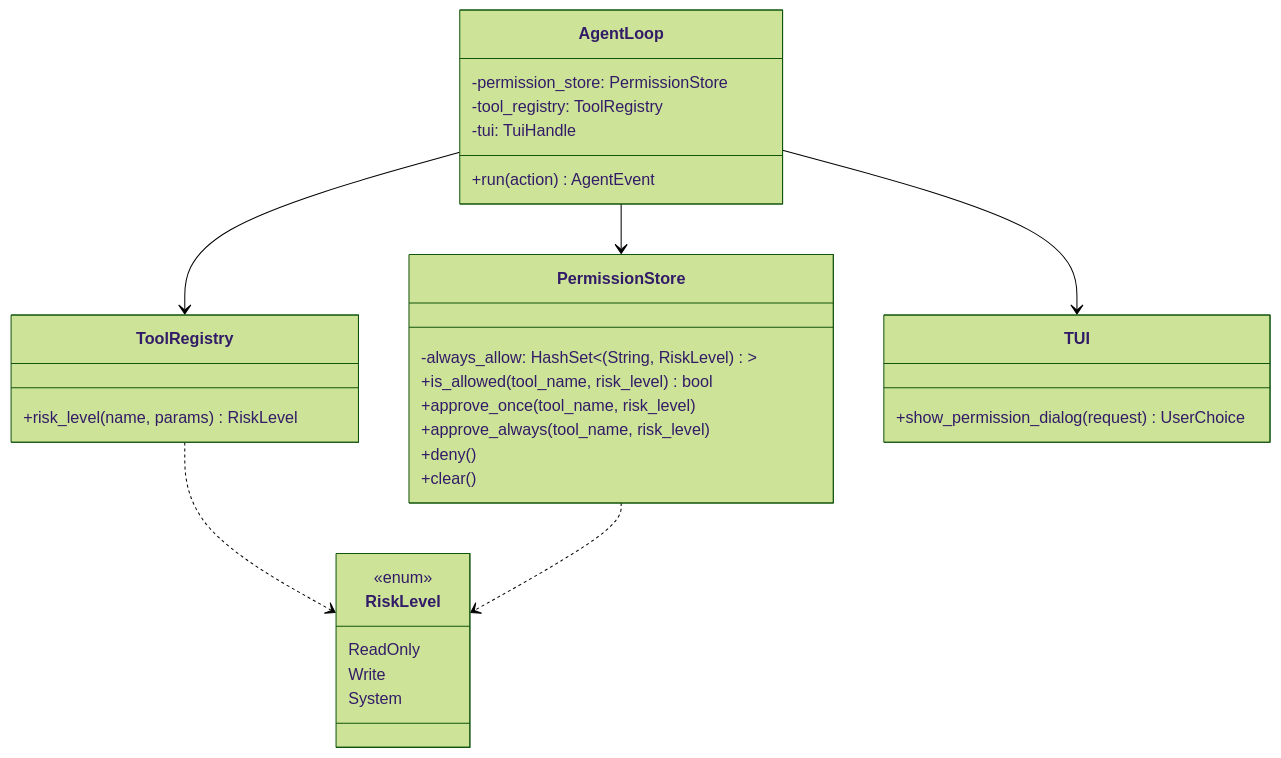
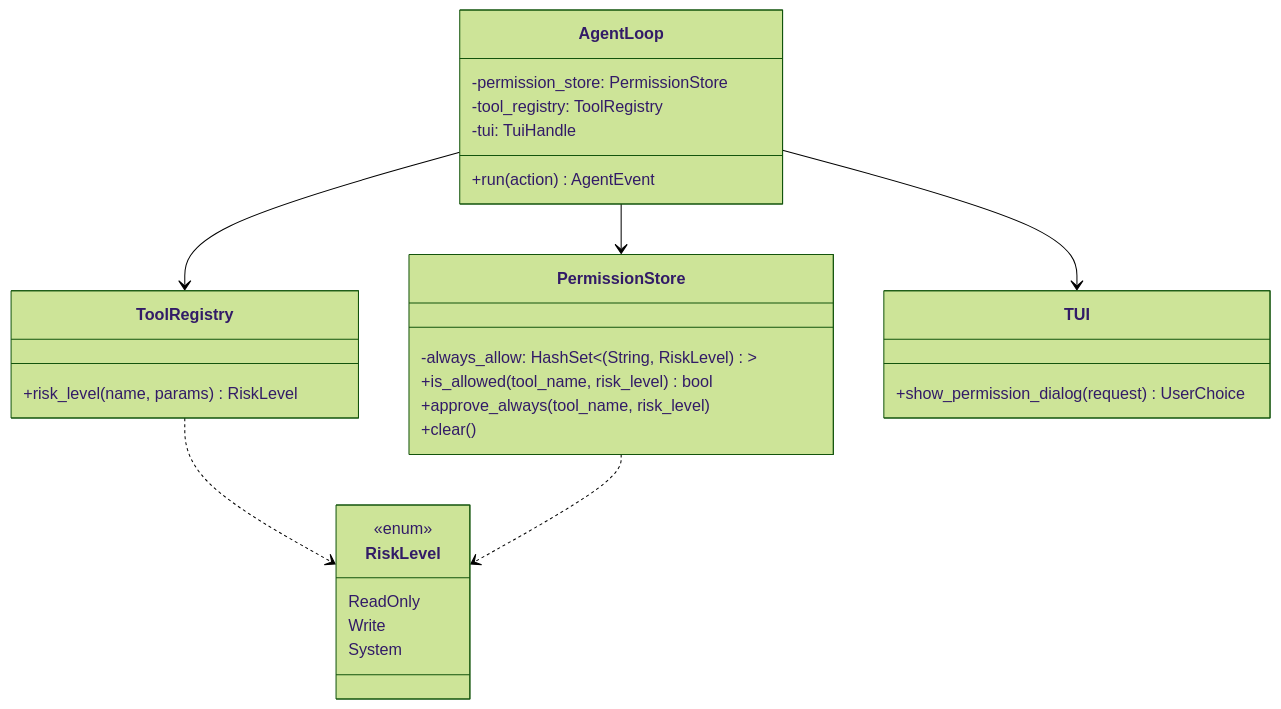
One commit to CheneyYin/emergence changed the ninth of 23 diagrams in docs/superpowers/specs/2026-05-04-emergence-design.md. Above: the diagram before and after it, drawn with Mermaid (forest theme). The commit also changed other lines of this file, not shown here.

Commit message:
fix: self-review — fix scope table, remove unused PS methods, unify Session struct, update architecture graph, fix separators, fix process_stream signature

````diff
--- a/docs/superpowers/specs/2026-05-04-emergence-design.md
+++ b/docs/superpowers/specs/2026-05-04-emergence-design.md
@@ -558,39 +560,37 @@
 ```mermaid
 classDiagram
     class RiskLevel {
         <<enum>>
         ReadOnly
         Write
         System
     }
 
     class PermissionStore {
         -always_allow: HashSet<(String, RiskLevel)>
         +is_allowed(tool_name, risk_level) bool
-        +approve_once(tool_name, risk_level)
         +approve_always(tool_name, risk_level)
-        +deny()
         +clear()
     }
 
     class ToolRegistry {
         +risk_level(name, params) RiskLevel
     }
 
     class AgentLoop {
         -permission_store: PermissionStore
         -tool_registry: ToolRegistry
         -tui: TuiHandle
         +run(action) AgentEvent
     }
 
     class TUI {
         +show_permission_dialog(request) UserChoice
     }
 
     AgentLoop --> PermissionStore
     AgentLoop --> ToolRegistry
     AgentLoop --> TUI
     ToolRegistry ..> RiskLevel
     PermissionStore ..> RiskLevel
 ```
````
